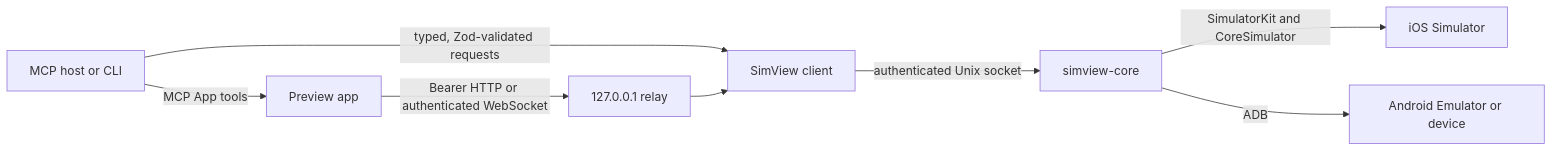
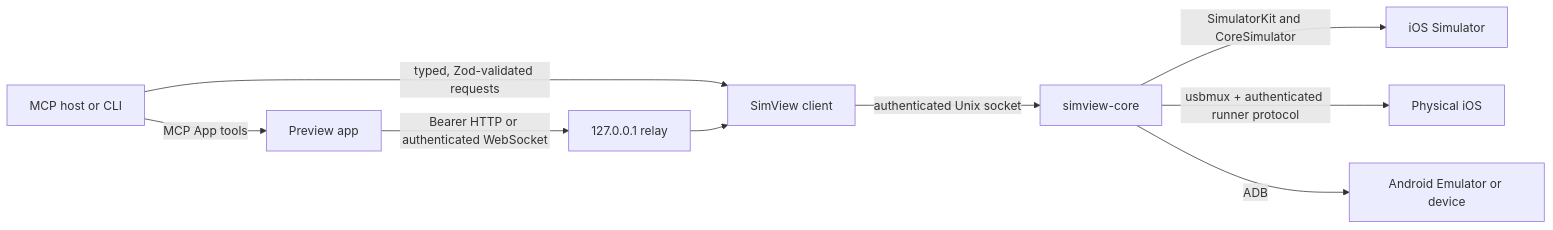
One commit to ToolingTools/SimView changed the diagram in docs/architecture.md. Above: the diagram before and after it, drawn with Mermaid. The commit also changed other lines of this file and 56 other files, not shown here.

````diff
--- a/docs/architecture.md
+++ b/docs/architecture.md
@@ -39,10 +43,11 @@
 ```mermaid
 flowchart LR
   Host["MCP host or CLI"] -->|"typed, Zod-validated requests"| Client["SimView client"]
   Client -->|"authenticated Unix socket"| Core["simview-core"]
   Core -->|"SimulatorKit and CoreSimulator"| Simulator["iOS Simulator"]
+  Core -->|"usbmux + authenticated runner protocol"| IOSDevice["Physical iOS"]
   Core -->|"ADB"| Android["Android Emulator or device"]
   Host -->|"MCP App tools"| App["Preview app"]
   App -->|"Bearer HTTP or authenticated WebSocket"| Relay["127.0.0.1 relay"]
   Relay --> Client
 ```
````
